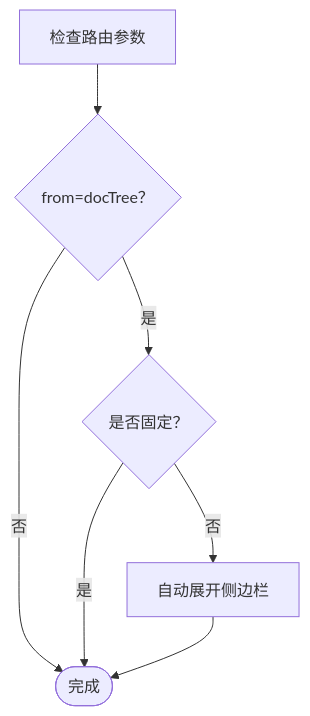
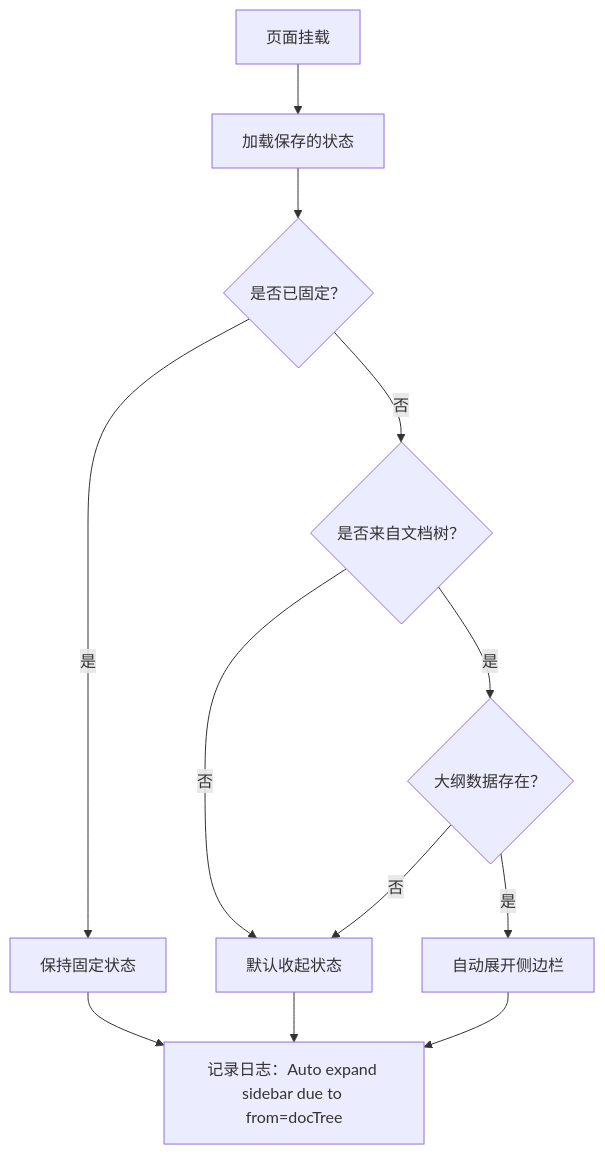
One commit to terwer/siyuan-plugin-blog changed diagram 14 of 18 in .qoder/repowiki/zh/content/Outline System.md. Above: the diagram before and after it, drawn with Mermaid. The commit also changed other lines of this file and 16 other files, not shown here.

````diff
--- a/.qoder/repowiki/zh/content/Outline System.md
+++ b/.qoder/repowiki/zh/content/Outline System.md
@@ -341,9 +604,14 @@
 ```mermaid
 flowchart TD
-CheckRoute["检查路由参数"] --> IsFromDocTree{"from=docTree？"}
-IsFromDocTree --> |是| CheckPinned{"是否固定？"}
-IsFromDocTree --> |否| End([完成])
-CheckPinned --> |否| ExpandSidebar["自动展开侧边栏"]
-CheckPinned --> |是| End
-ExpandSidebar --> End
+OnMount["页面挂载"] --> LoadState["加载保存的状态"]
+LoadState --> CheckPinned{"是否已固定？"}
+CheckPinned --> |是| KeepState["保持固定状态"]
+CheckPinned --> |否| CheckFromDocTree{"是否来自文档树？"}
+CheckFromDocTree --> |否| DefaultState["默认收起状态"]
+CheckFromDocTree --> |是| CheckData{"大纲数据存在？"}
+CheckData --> |否| DefaultState
+CheckData --> |是| AutoExpand["自动展开侧边栏"]
+AutoExpand --> LogInfo["记录日志：Auto expand sidebar due to from=docTree"]
+KeepState --> LogInfo
+DefaultState --> LogInfo
 ```
````
